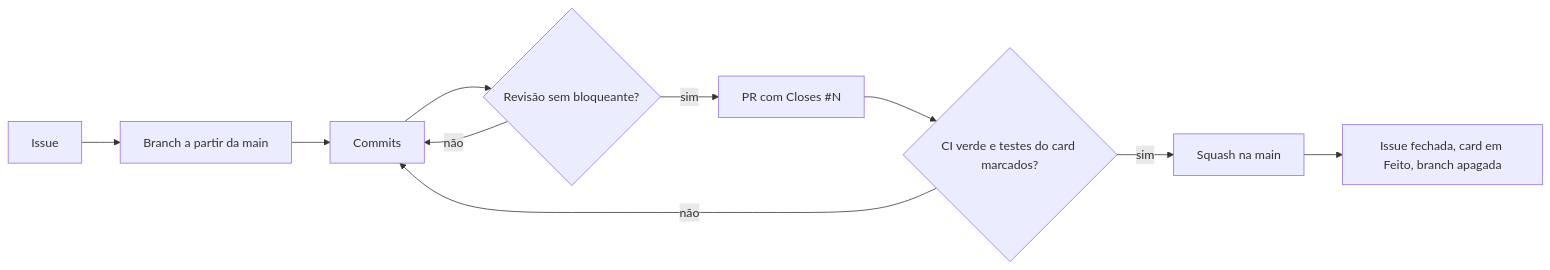
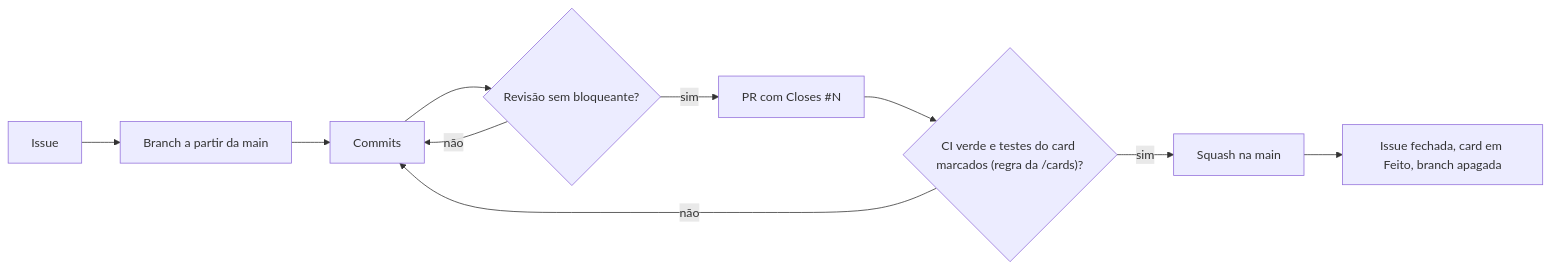
One commit to betoth/cantina changed the diagram in docs/conventions.md. Above: the diagram before and after it, drawn with Mermaid. The commit also changed 8 other files, not shown here.

First line of the commit message:
feat(harness): check the board card after automations in /cards (#15)

````diff
--- a/docs/conventions.md
+++ b/docs/conventions.md
@@ -26,12 +26,12 @@
 ```mermaid
 flowchart LR
     A[Issue] --> B[Branch a partir da main]
     B --> C[Commits]
     C --> R{Revisão sem bloqueante?}
     R -- não --> C
     R -- sim --> D[PR com Closes #N]
-    D --> E{CI verde e testes do card marcados?}
+    D --> E{"CI verde e testes do card marcados (regra da /cards)?"}
     E -- não --> C
     E -- sim --> F[Squash na main]
     F --> G[Issue fechada, card em Feito, branch apagada]
 ```
````
